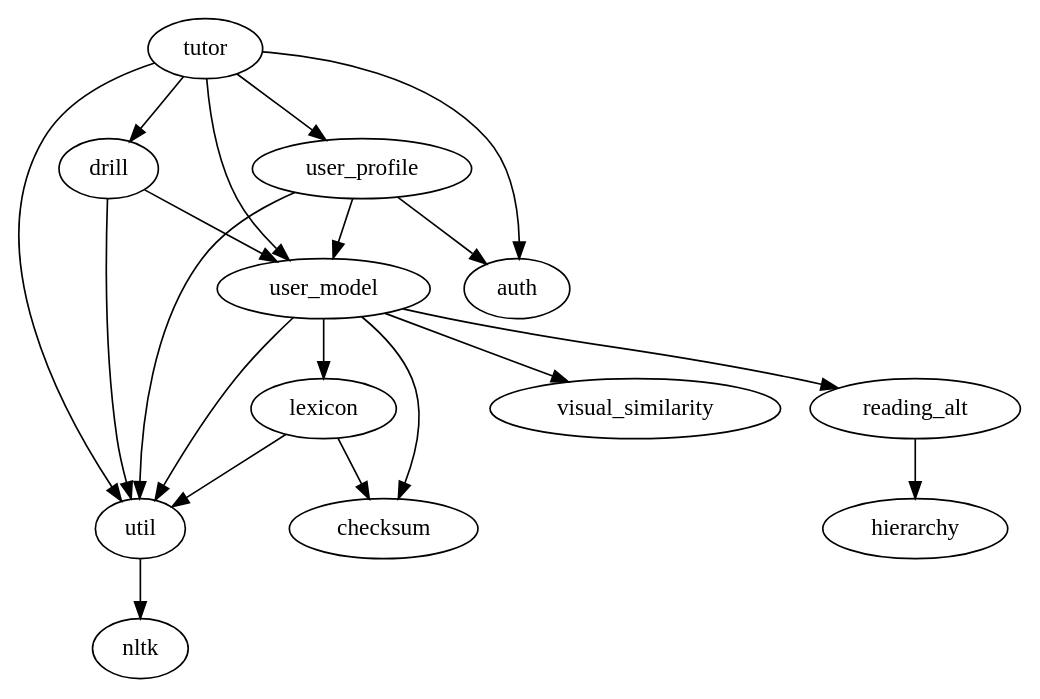
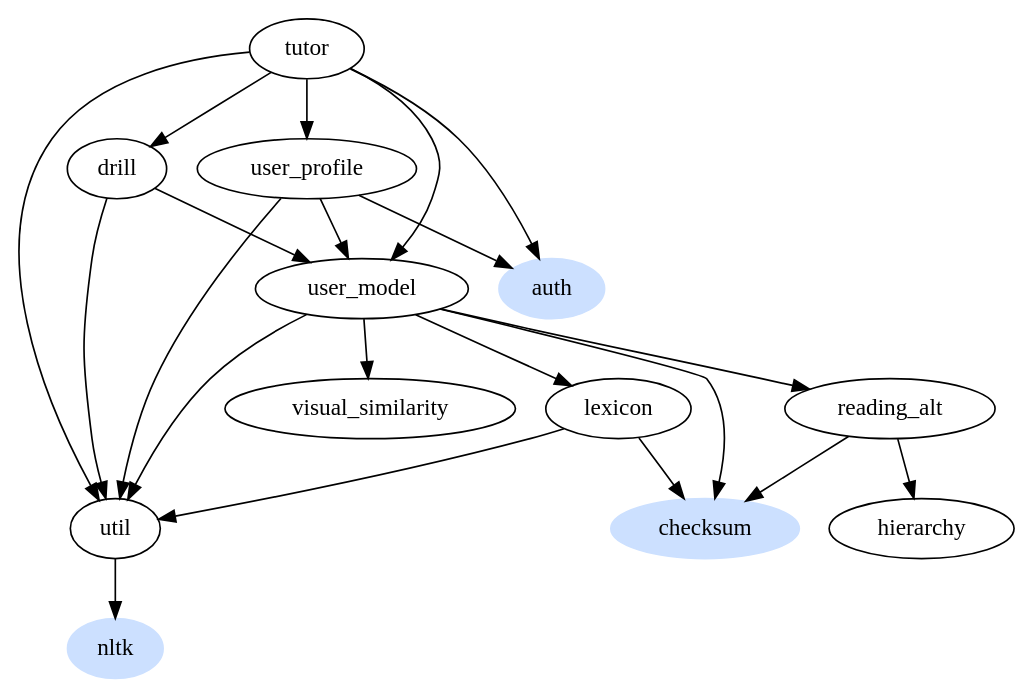
The diagram in doc/structure.dot (larsyencken/kanjitester), drawn with Graphviz before and after one commit.

Commit message:
Updates structure graph, highlighting external dependencies in blue.

```diff
--- a/doc/structure.dot
+++ b/doc/structure.dot
@@ -1,22 +1,24 @@
 digraph G
 {
     drill -> user_model;
     drill -> util;
     lexicon -> util;
-    lexicon -> checksum;
     tutor -> drill;
     tutor -> user_model;
     tutor -> util;
     tutor -> user_profile;
-    tutor -> auth;
-    util -> nltk;
     user_model -> visual_similarity;
     user_model -> reading_alt;
-    user_model -> checksum;
     reading_alt -> hierarchy;
     user_model -> lexicon;
     user_model -> util;
     user_profile -> user_model;
     user_profile -> util;
+    node [style=filled,color=".6 0.2 1"];
+    lexicon -> checksum;
+    reading_alt -> checksum;
+    user_model -> checksum;
     user_profile -> auth;
+    tutor -> auth;
+    util -> nltk;
 }
```
